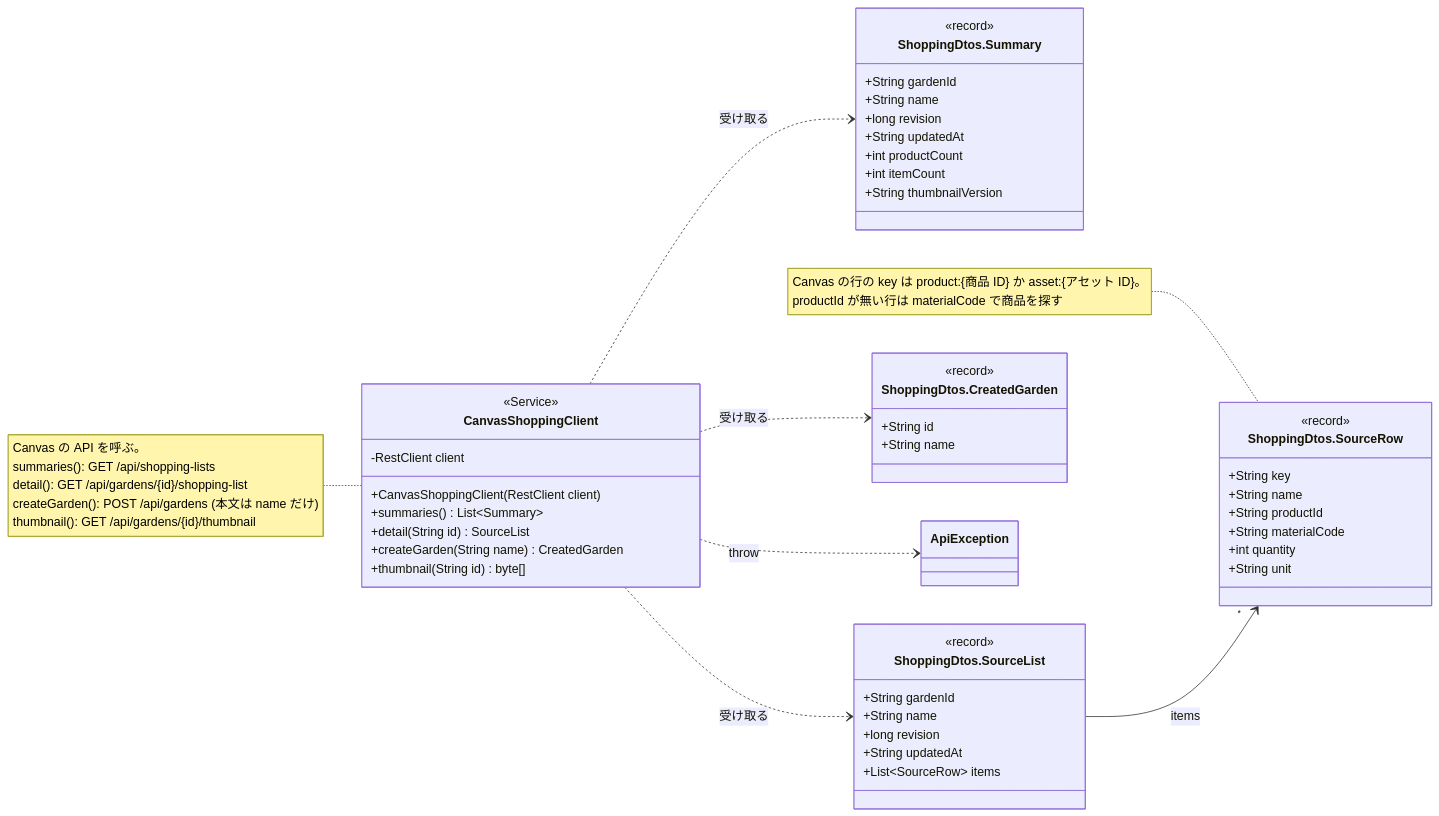
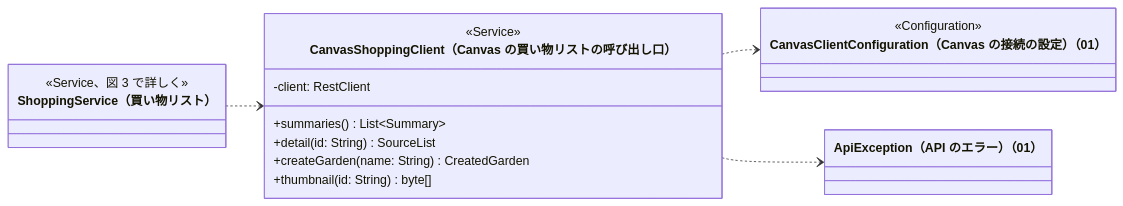
One commit to abeouga/kusakari-document changed the second of 8 diagrams in クラス図/kusakari-ec/06_買い物リスト.md. Above: the diagram before and after it, drawn with Mermaid. The commit also changed other lines of this file and 87 other files, not shown here.

Commit message:
EC のクラス図に全体図を足し、詳細図をデータとモジュールの図に分けて書き直す

````diff
--- a/クラス図/kusakari-ec/06_買い物リスト.md
+++ b/クラス図/kusakari-ec/06_買い物リスト.md
@@ -91,55 +104,23 @@
 ```mermaid
 classDiagram
-  direction LR
-  class CanvasShoppingClient {
-    <<Service>>
-    -RestClient client
-    +CanvasShoppingClient(RestClient client)
-    +summaries() List~Summary~
-    +detail(String id) SourceList
-    +createGarden(String name) CreatedGarden
-    +thumbnail(String id) byte[]
-  }
-  class Summary["ShoppingDtos.Summary"] {
-    <<record>>
-    +String gardenId
-    +String name
-    +long revision
-    +String updatedAt
-    +int productCount
-    +int itemCount
-    +String thumbnailVersion
-  }
-  class SourceList["ShoppingDtos.SourceList"] {
-    <<record>>
-    +String gardenId
-    +String name
-    +long revision
-    +String updatedAt
-    +List~SourceRow~ items
-  }
-  class SourceRow["ShoppingDtos.SourceRow"] {
-    <<record>>
-    +String key
-    +String name
-    +String productId
-    +String materialCode
-    +int quantity
-    +String unit
-  }
-  class CreatedGarden["ShoppingDtos.CreatedGarden"] {
-    <<record>>
-    +String id
-    +String name
-  }
-  class ApiException
+    direction LR
+    class ShoppingService["ShoppingService（買い物リスト）"] {
+        <<Service、図 3 で詳しく>>
+    }
+    class CanvasShoppingClient["CanvasShoppingClient（Canvas の買い物リストの呼び出し口）"] {
+        <<Service>>
+        -client: RestClient
+        +summaries() List~Summary~
+        +detail(id: String) SourceList
+        +createGarden(name: String) CreatedGarden
+        +thumbnail(id: String) byte[]
+    }
+    class CanvasClientConfiguration["CanvasClientConfiguration（Canvas の接続の設定）（01）"] {
+        <<Configuration>>
+    }
+    class ApiException["ApiException（API のエラー）（01）"]
 
-  CanvasShoppingClient ..> Summary : 受け取る
-  CanvasShoppingClient ..> SourceList : 受け取る
-  CanvasShoppingClient ..> CreatedGarden : 受け取る
-  CanvasShoppingClient ..> ApiException : throw
-  SourceList --> "*" SourceRow : items
-
-  note for CanvasShoppingClient "Canvas の API を呼ぶ。<br/>summaries(): GET /api/shopping-lists<br/>detail(): GET /api/gardens/{id}/shopping-list<br/>createGarden(): POST /api/gardens (本文は name だけ)<br/>thumbnail(): GET /api/gardens/{id}/thumbnail"
-  note for SourceRow "Canvas の行の key は product:{商品 ID} か asset:{アセット ID}。<br/>productId が無い行は materialCode で商品を探す"
+    ShoppingService ..> CanvasShoppingClient
+    CanvasShoppingClient ..> CanvasClientConfiguration
+    CanvasShoppingClient ..> ApiException
 ```
````
